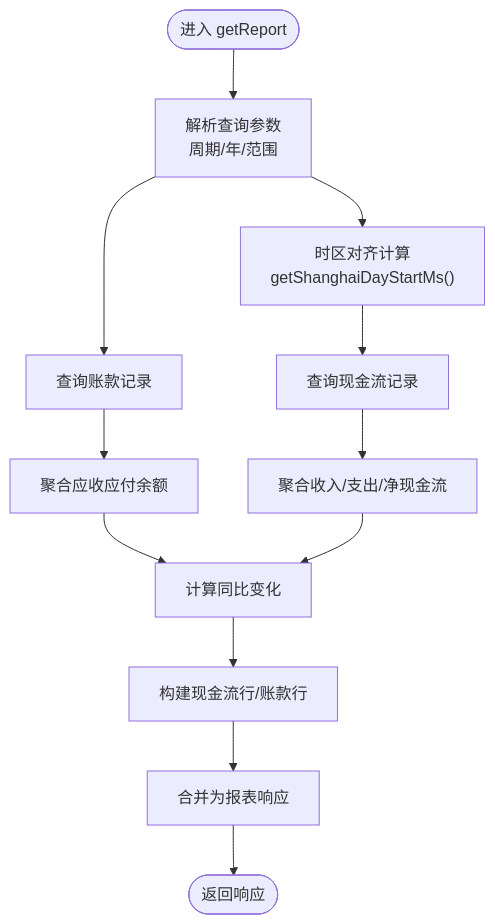
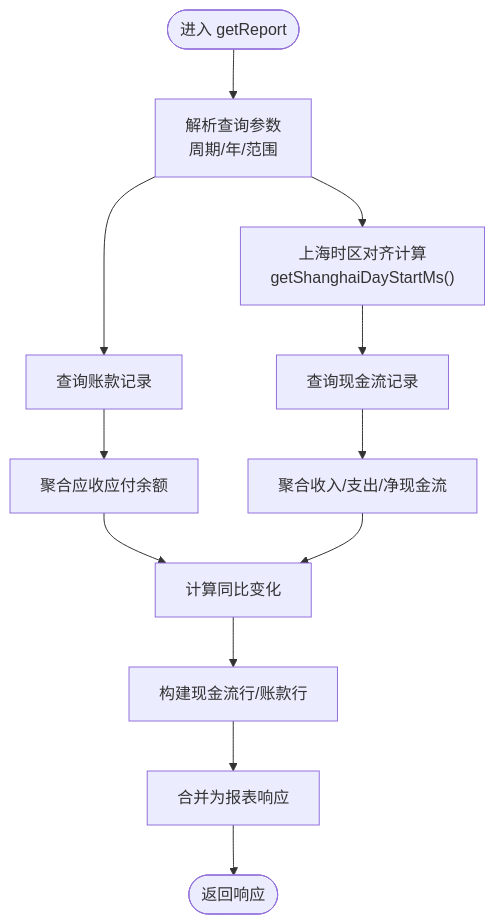
The third of 10 diagrams in .qoder/repowiki/zh/content/业务模块/财务管理模块/财务报表.md (rc558620/purelyprofit-server), drawn with Mermaid before and after one commit. The commit also changed other lines of this file and 78 other files, not shown here.

````diff
--- a/.qoder/repowiki/zh/content/业务模块/财务管理模块/财务报表.md
+++ b/.qoder/repowiki/zh/content/业务模块/财务管理模块/财务报表.md
@@ -223,14 +248,14 @@
 ```mermaid
 flowchart TD
 Start(["进入 getReport"]) --> Parse["解析查询参数<br/>周期/年/范围"]
-Parse --> TimeAlign["时区对齐计算<br/>getShanghaiDayStartMs()"]
+Parse --> TimeAlign["上海时区对齐计算<br/>getShanghaiDayStartMs()"]
 TimeAlign --> FetchCF["查询现金流记录"]
 Parse --> FetchAcc["查询账款记录"]
 FetchCF --> Sum["聚合收入/支出/净现金流"]
 FetchAcc --> AccSum["聚合应收应付余额"]
 AccSum --> Compare["计算同比变化"]
 Sum --> Compare
 Compare --> BuildRows["构建现金流行/账款行"]
 BuildRows --> Merge["合并为报表响应"]
 Merge --> End(["返回响应"])
 ```
````
